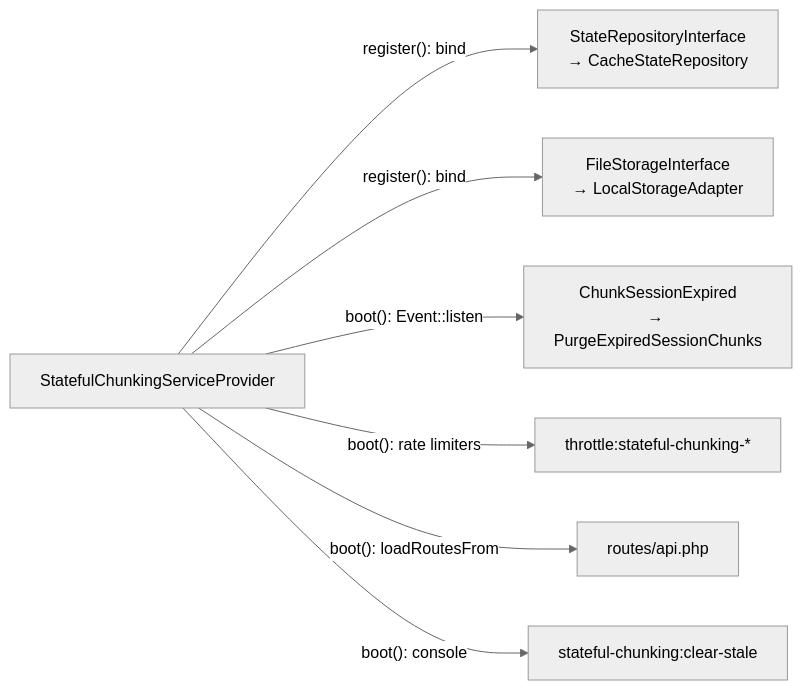
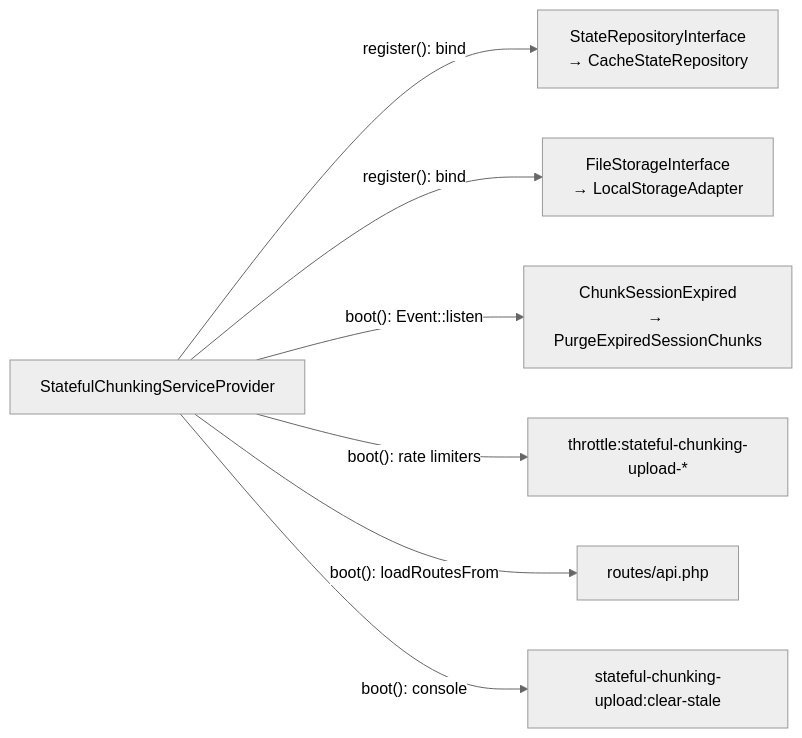
One commit to JuanGuerreroDev/stateful-chunking-package changed the second of 2 diagrams in docs/architecture/README.md. Above: the diagram before and after it, drawn with Mermaid (neutral theme). The commit also changed other lines of this file and 105 other files, not shown here.

````diff
--- a/docs/architecture/README.md
+++ b/docs/architecture/README.md
@@ -123,10 +123,10 @@
 ```mermaid
 graph LR
     SP["StatefulChunkingServiceProvider"]
     SP -->|"register(): bind"| B1["StateRepositoryInterface<br/>→ CacheStateRepository"]
     SP -->|"register(): bind"| B2["FileStorageInterface<br/>→ LocalStorageAdapter"]
     SP -->|"boot(): Event::listen"| B6["ChunkSessionExpired<br/>→ PurgeExpiredSessionChunks"]
-    SP -->|"boot(): rate limiters"| B3["throttle:stateful-chunking-*"]
+    SP -->|"boot(): rate limiters"| B3["throttle:stateful-chunking-upload-*"]
     SP -->|"boot(): loadRoutesFrom"| B4["routes/api.php"]
-    SP -->|"boot(): console"| B5["stateful-chunking:clear-stale"]
+    SP -->|"boot(): console"| B5["stateful-chunking-upload:clear-stale"]
 ```
````
